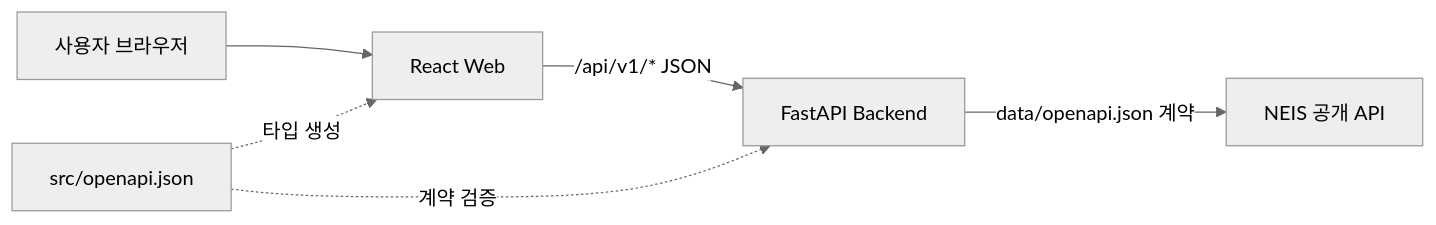
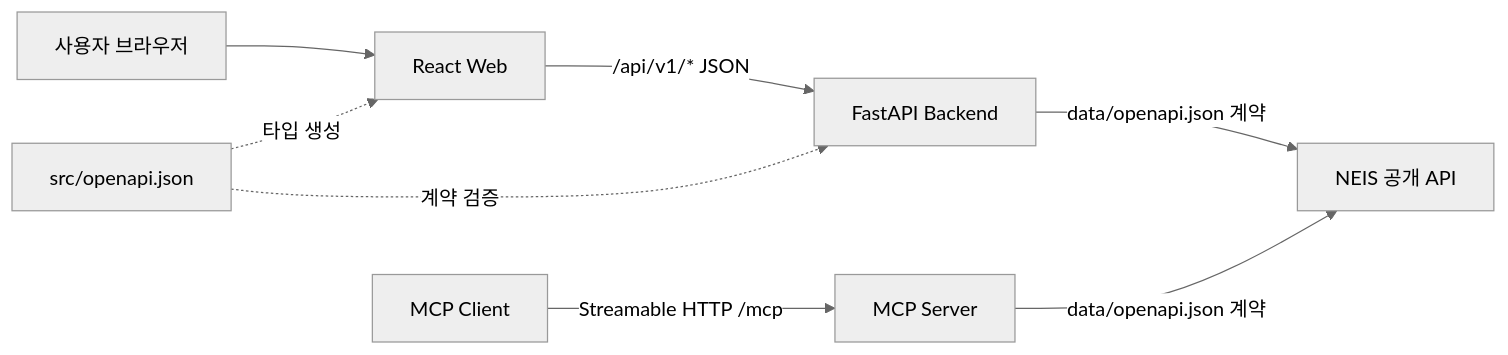
The diagram in TRD.md (justinyoo/bsl-pyconkr), drawn with Mermaid (neutral theme) before and after one commit. The commit also changed other lines of this file and 28 other files, not shown here.

First line of the commit message:
feat: add NEIS MCP server

````diff
--- a/TRD.md
+++ b/TRD.md
@@ -81,8 +83,10 @@
 ```mermaid
 flowchart LR
     U[사용자 브라우저] --> W[React Web]
     W -->|/api/v1/* JSON| A[FastAPI Backend]
     A -->|data/openapi.json 계약| N[NEIS 공개 API]
+    C[MCP Client] -->|Streamable HTTP /mcp| M[MCP Server]
+    M -->|data/openapi.json 계약| N
     S[src/openapi.json] -. 타입 생성 .-> W
     S -. 계약 검증 .-> A
 ```
````
